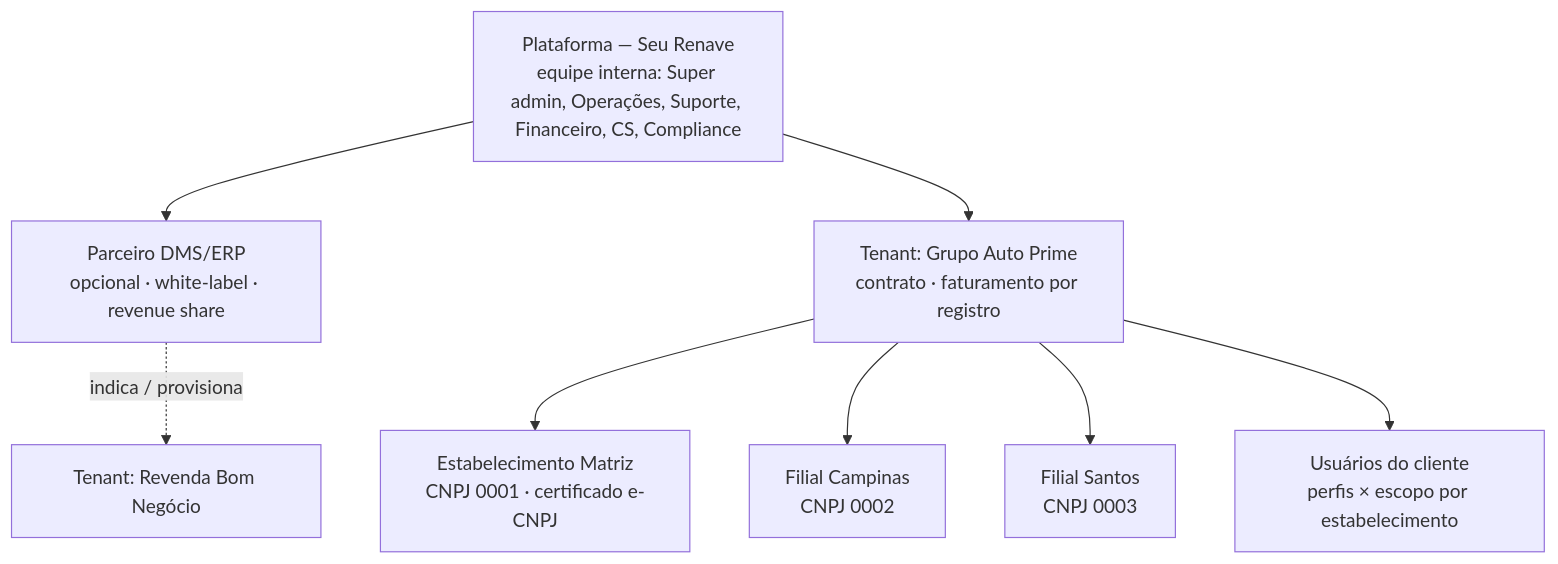
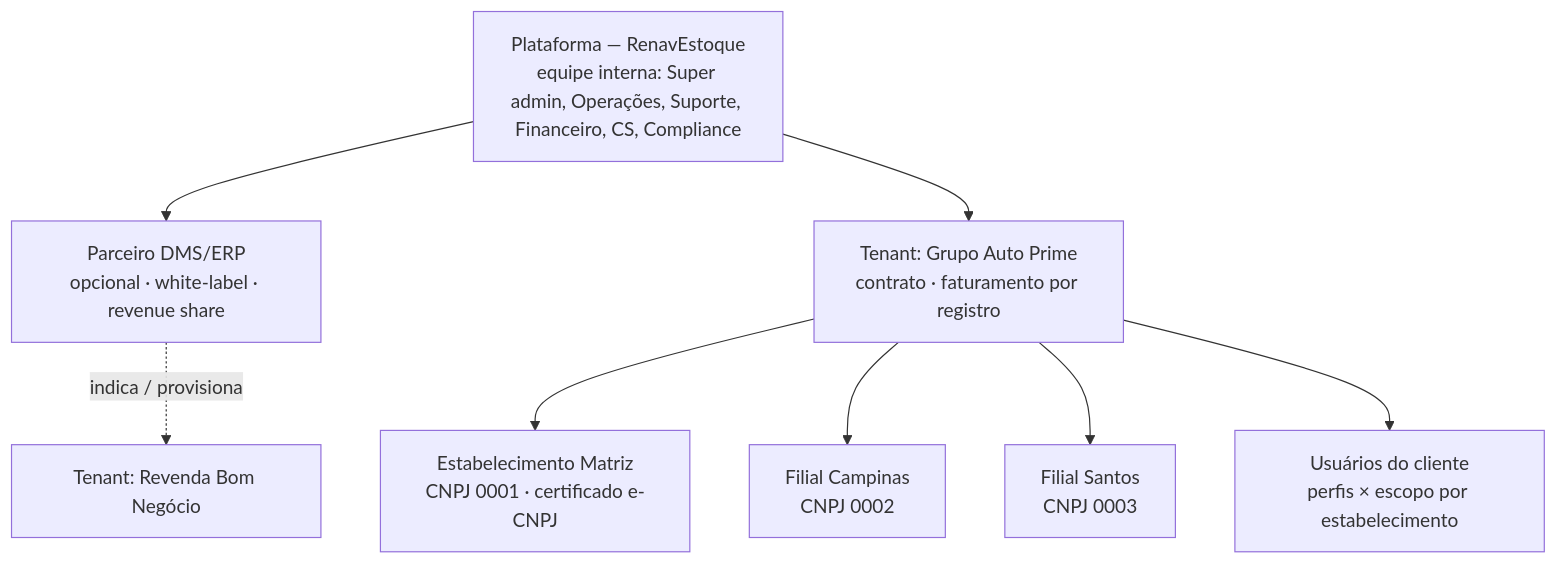
The first of 2 diagrams in docs/11-modelo-saas.md (joaopaulomirandamatias/renave), drawn with Mermaid before and after one commit. The commit also changed other lines of this file and 18 other files, not shown here.

Commit message:
chore(brand): rename product to RenavEstoque

````diff
--- a/docs/11-modelo-saas.md
+++ b/docs/11-modelo-saas.md
@@ -11,16 +11,16 @@
 ```mermaid
 flowchart TD
-  P[Plataforma — Seu Renave<br/>equipe interna: Super admin, Operações, Suporte, Financeiro, CS, Compliance]
+  P[Plataforma — RenavEstoque<br/>equipe interna: Super admin, Operações, Suporte, Financeiro, CS, Compliance]
   PA[Parceiro DMS/ERP<br/>opcional · white-label · revenue share]
   T1[Tenant: Grupo Auto Prime<br/>contrato · faturamento por registro]
   T2[Tenant: Revenda Bom Negócio]
   E1[Estabelecimento Matriz<br/>CNPJ 0001 · certificado e-CNPJ]
   E2[Filial Campinas<br/>CNPJ 0002]
   E3[Filial Santos<br/>CNPJ 0003]
   U[Usuários do cliente<br/>perfis × escopo por estabelecimento]
   P --> PA
   P --> T1
   PA -.indica / provisiona.-> T2
   T1 --> E1 & E2 & E3
   T1 --> U
 ```
````
